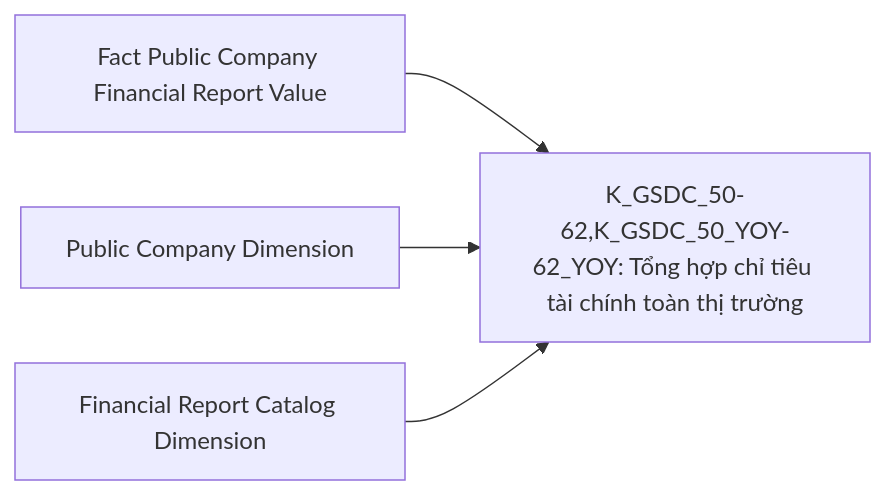
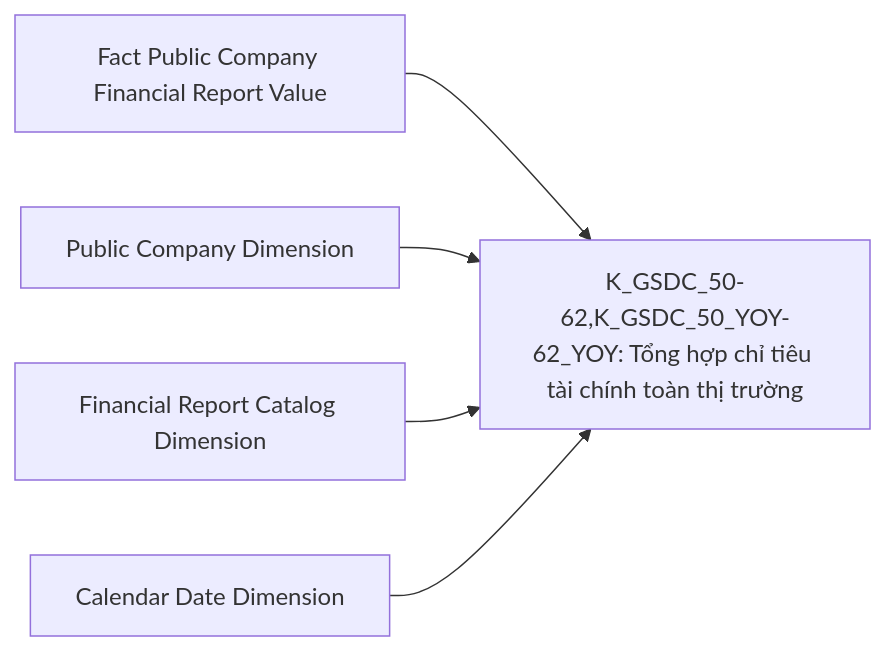
One commit to linhlvit/ubck_atomic_design changed diagram 26 of 55 in Datamart/hld/DTM_GSDC_HLD.md. Above: the diagram before and after it, drawn with Mermaid. The commit also changed other lines of this file and 42 other files, not shown here.

````diff
--- a/Datamart/hld/DTM_GSDC_HLD.md
+++ b/Datamart/hld/DTM_GSDC_HLD.md
@@ -761,6 +1174,7 @@
 ```mermaid
 flowchart LR
     fct_pc_fr_val["Fact Public Company Financial Report Value"] --> R1["K_GSDC_50-62,K_GSDC_50_YOY-62_YOY: Tổng hợp chỉ tiêu tài chính toàn thị trường"]
     public_company_dim_g7["Public Company Dimension"] --> R1
     financial_rpt_catalog_dim_g7["Financial Report Catalog Dimension"] --> R1
+    cdr_dt_dim_g7["Calendar Date Dimension"] --> R1
 ```
````
